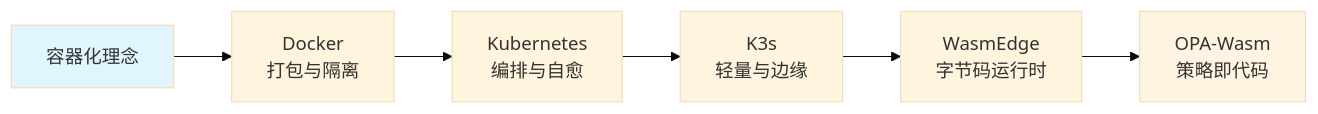
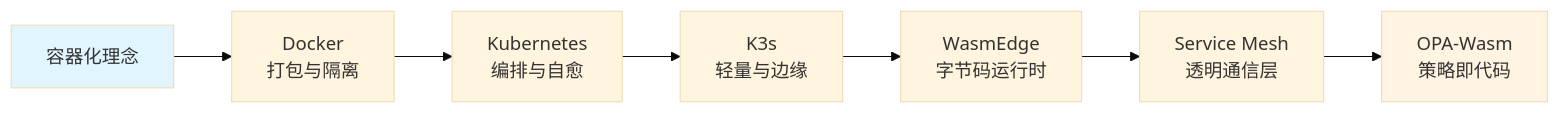
One commit to AdaMartin18010/wasmedge_k3s changed the first of 2 diagrams in docs/COGNITIVE/01-overview/overview.md. Above: the diagram before and after it, drawn with Mermaid (base theme). The commit also changed other lines of this file and 197 other files, not shown here.

````diff
--- a/docs/COGNITIVE/01-overview/overview.md
+++ b/docs/COGNITIVE/01-overview/overview.md
@@ -47,11 +47,12 @@
 ```mermaid
 graph LR
     A[容器化理念] --> B[Docker<br/>打包与隔离]
     B --> C[Kubernetes<br/>编排与自愈]
     C --> D[K3s<br/>轻量与边缘]
     D --> E[WasmEdge<br/>字节码运行时]
-    E --> F[OPA-Wasm<br/>策略即代码]
+    E --> F[Service Mesh<br/>透明通信层]
+    F --> G[OPA-Wasm<br/>策略即代码]
 
     style A fill:#e1f5ff
-    style F fill:#fff4e1
+    style G fill:#fff4e1
 ```
````
